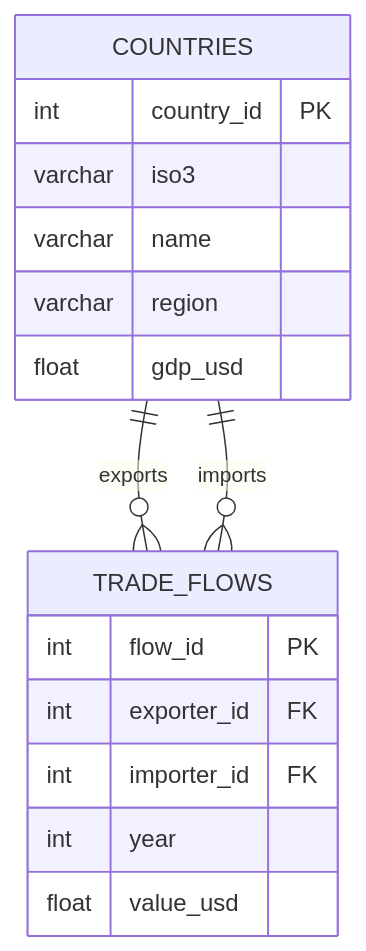
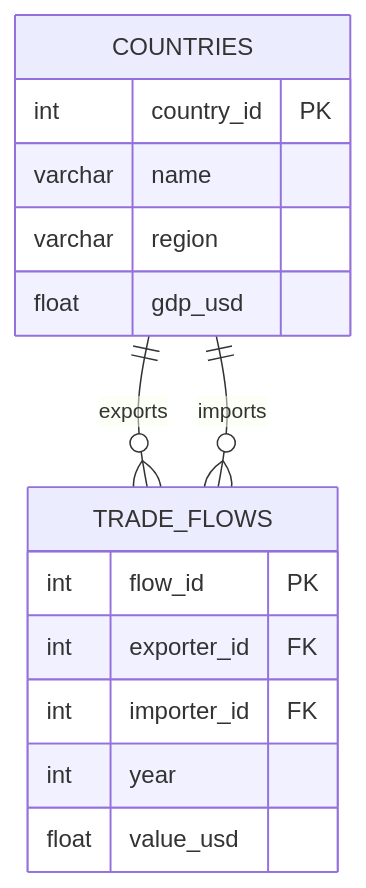
Before and after one commit to ASallin/BEcon_4222_Introduction_Programming: the diagram in course_materials/week_09/09_databases.qmd, drawn with Mermaid. The commit also changed other lines of this file and 8 other files, not shown here.

````diff
--- a/course_materials/week_09/09_databases.qmd
+++ b/course_materials/week_09/09_databases.qmd
@@ -516,20 +572,19 @@
 ```{mermaid}
 %%| echo: false
 erDiagram
     COUNTRIES {
         int     country_id  PK
-        varchar iso3
         varchar name
         varchar region
         float   gdp_usd
     }
     TRADE_FLOWS {
         int   flow_id      PK
         int   exporter_id  FK
         int   importer_id  FK
         int   year
         float value_usd
     }
     COUNTRIES ||--o{ TRADE_FLOWS : "exports"
     COUNTRIES ||--o{ TRADE_FLOWS : "imports"
 ```
````
